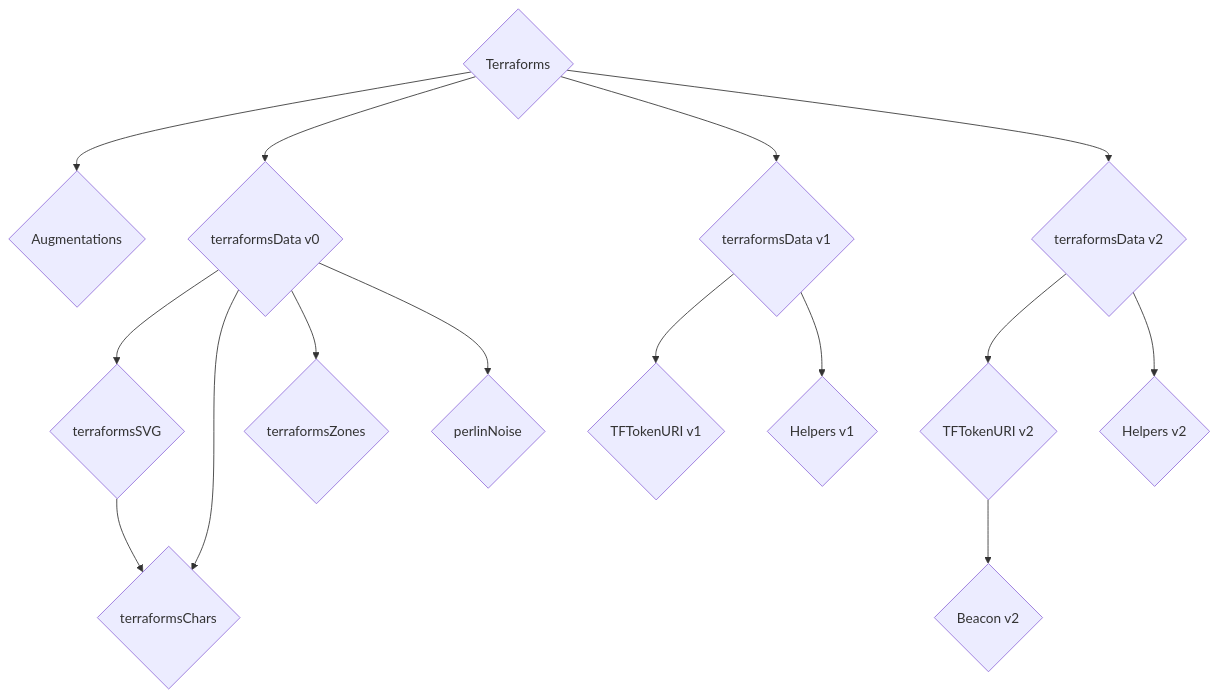
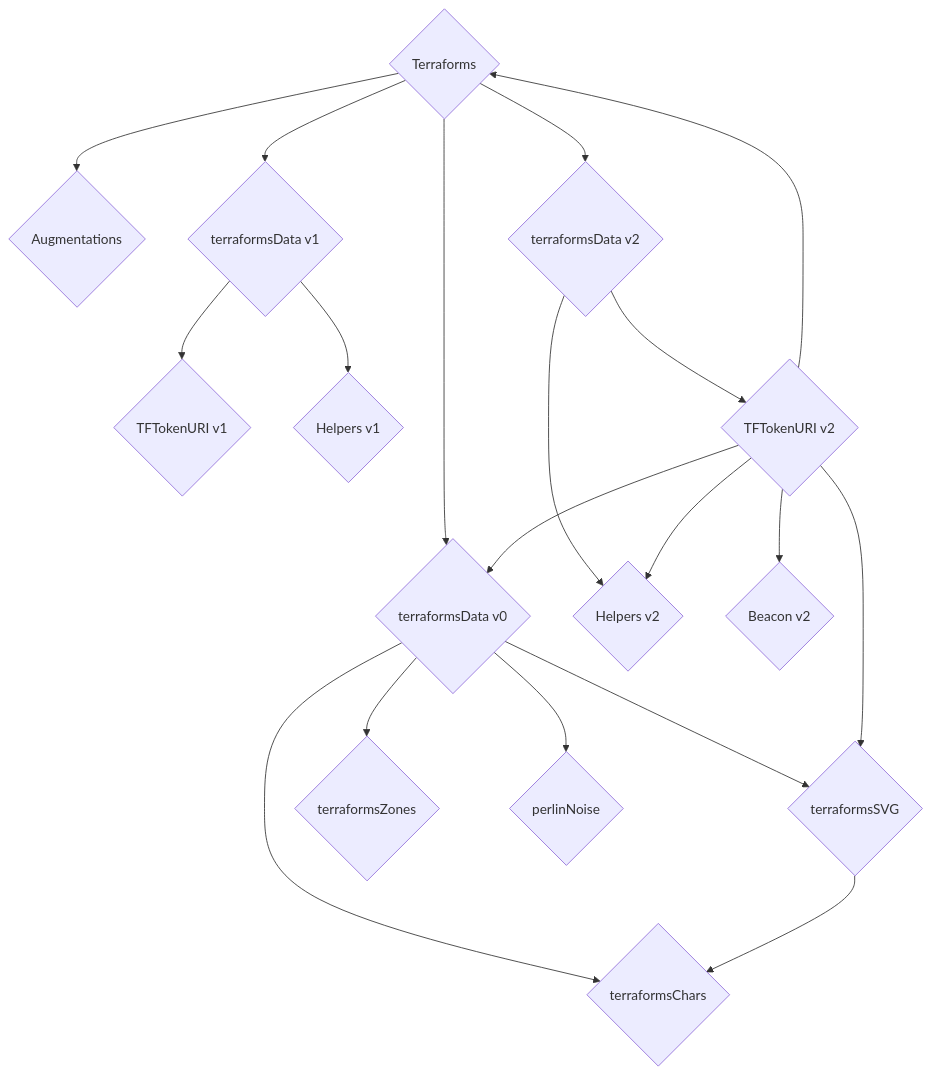
One commit to thebadcc/terraform-docs changed the first of 2 diagrams in contracts/Terraforms.md. Above: the diagram before and after it, drawn with Mermaid.

````diff
--- a/contracts/Terraforms.md
+++ b/contracts/Terraforms.md
@@ -22,17 +22,21 @@
 ```mermaid
 graph TD
     A{Terraforms} --> B{Augmentations}
     A --> C{terraformsData v0}
     A --> D{terraformsData v1}
     A --> E{terraformsData v2}
     C --> F{terraformsSVG}
     C --> G{terraformsChars}
     C --> H{terraformsZones}
     C --> I{perlinNoise}
     D --> J{TFTokenURI v1}
     D --> K{Helpers v1}
     E --> L{TFTokenURI v2}
     E --> M{Helpers v2}
     F --> G
     L --> N{Beacon v2}
+    L --> C
+    L --> F
+    L --> A
+    L --> M
 ```
````
